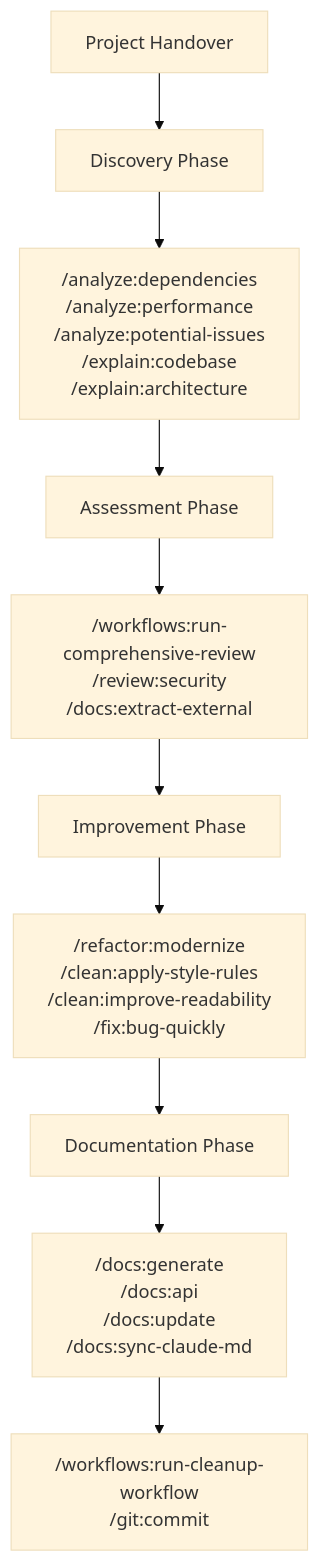
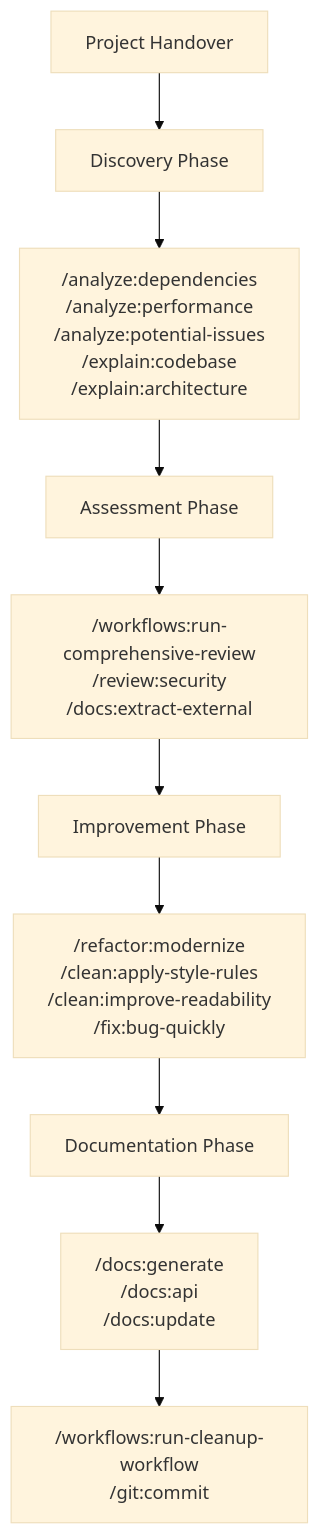
Before and after one commit to thomasholknielsen/claude-code-config: diagram 31 of 31 in docs/developer-workflows.md, drawn with Mermaid (base theme). The commit also changed other lines of this file and 7 other files, not shown here.

````diff
--- a/docs/developer-workflows.md
+++ b/docs/developer-workflows.md
@@ -1245,16 +1242,16 @@
 ```mermaid
 graph TD
     A[Project Handover] --> B[Discovery Phase]
     B --> C["/analyze:dependencies<br/>/analyze:performance<br/>/analyze:potential-issues<br/>/explain:codebase<br/>/explain:architecture"]
 
     C --> D[Assessment Phase]
     D --> E["/workflows:run-comprehensive-review<br/>/review:security<br/>/docs:extract-external"]
 
     E --> F[Improvement Phase]
     F --> G["/refactor:modernize<br/>/clean:apply-style-rules<br/>/clean:improve-readability<br/>/fix:bug-quickly"]
 
     G --> H[Documentation Phase]
-    H --> I["/docs:generate<br/>/docs:api<br/>/docs:update<br/>/docs:sync-claude-md"]
+    H --> I["/docs:generate<br/>/docs:api<br/>/docs:update"]
 
     I --> J["/workflows:run-cleanup-workflow<br/>/git:commit"]
 ```
````
